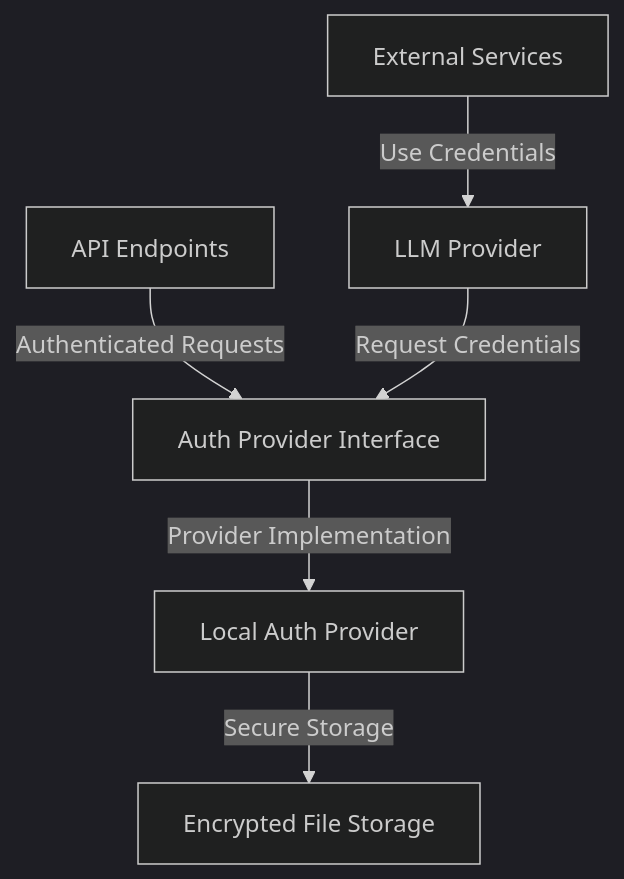
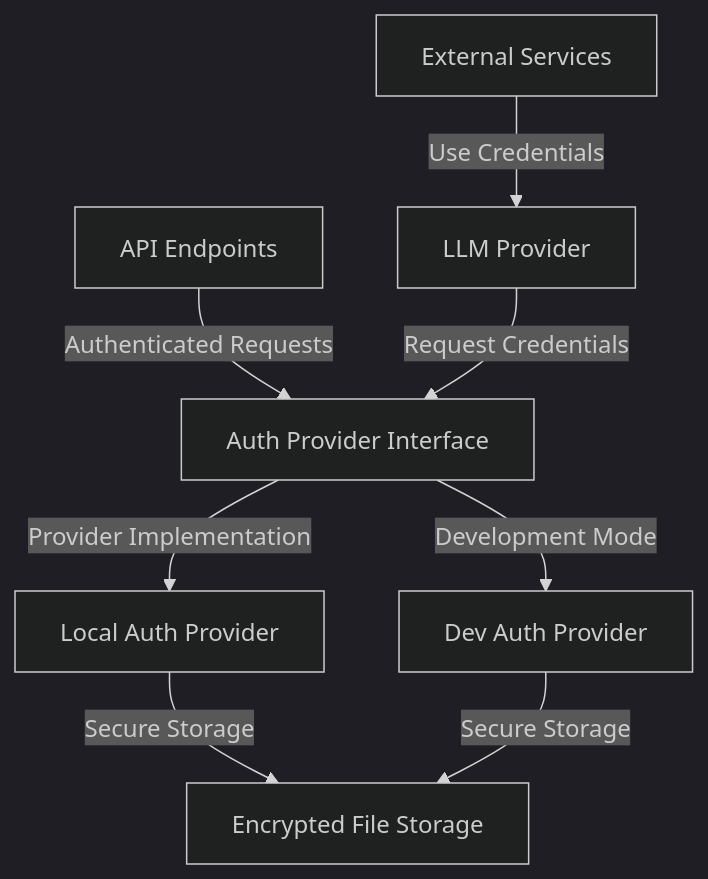
One commit to touchthesun/marvin changed the diagram in docs/architecture/auth-provider.md. Above: the diagram before and after it, drawn with Mermaid (dark theme). The commit also changed other lines of this file and 2 other files, not shown here.

Commit message:
Documentation updates for Auth Provider

````diff
--- a/docs/architecture/auth-provider.md
+++ b/docs/architecture/auth-provider.md
@@ -18,9 +19,11 @@
 ```mermaid
 graph TD
     A[API Endpoints] -->|Authenticated Requests| B[Auth Provider Interface]
     B -->|Provider Implementation| C[Local Auth Provider]
-    C -->|Secure Storage| D[Encrypted File Storage]
+    B -->|Development Mode| D[Dev Auth Provider]
+    C -->|Secure Storage| E[Encrypted File Storage]
+    D -->|Secure Storage| E
     
-    E[External Services] -->|Use Credentials| F[LLM Provider]
-    F -->|Request Credentials| B
+    F[External Services] -->|Use Credentials| G[LLM Provider]
+    G -->|Request Credentials| B
 ```
````
